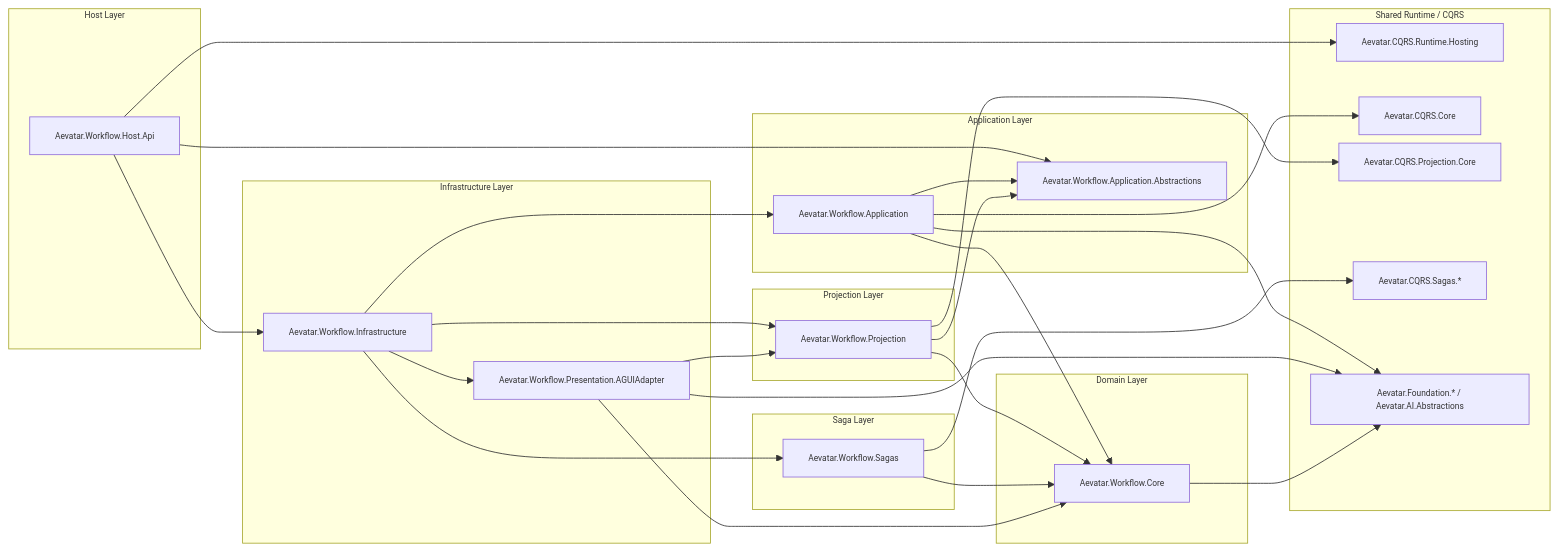
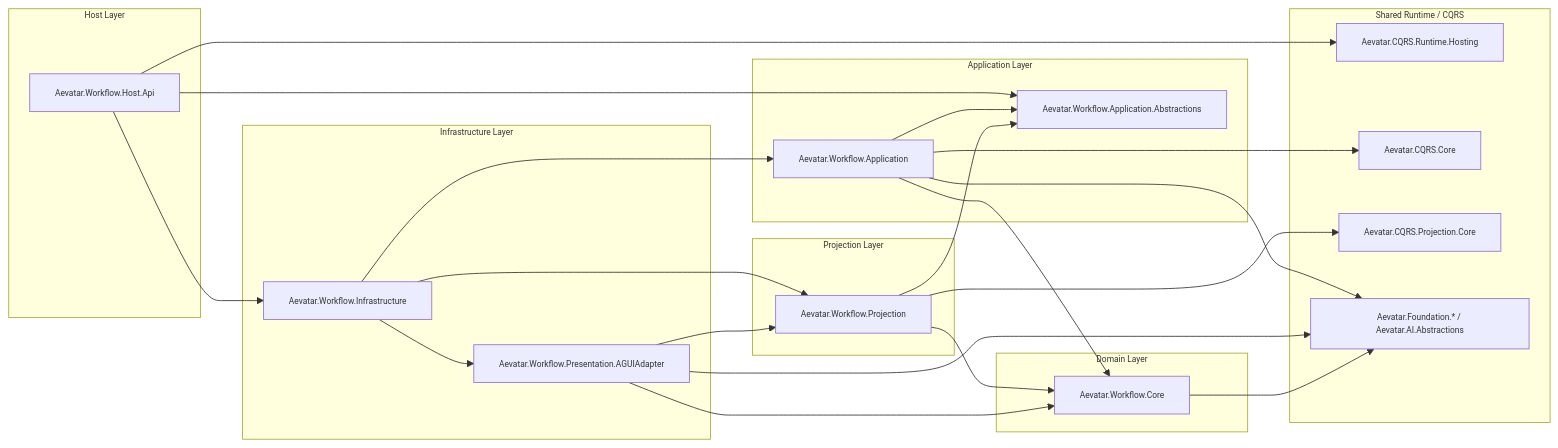
The first of 5 diagrams in src/workflow/README.md (aevatarAI/aevatar), drawn with Mermaid before and after one commit. The commit also changed other lines of this file and 53 other files, not shown here.

First line of the commit message:
Remove Saga components from Aevatar architecture

````diff
--- a/src/workflow/README.md
+++ b/src/workflow/README.md
@@ -7,58 +7,50 @@
 ```mermaid
 %%{init: {"maxTextSize": 100000, "flowchart": {"useMaxWidth": false, "nodeSpacing": 10, "rankSpacing": 50}, "themeVariables": {"fontSize": "10px"}}}%%
 flowchart LR
   subgraph Host["Host Layer"]
     H["Aevatar.Workflow.Host.Api"]
   end
 
   subgraph Infra["Infrastructure Layer"]
     I["Aevatar.Workflow.Infrastructure"]
     AGUIA["Aevatar.Workflow.Presentation.AGUIAdapter"]
   end
 
   subgraph App["Application Layer"]
     A["Aevatar.Workflow.Application"]
     AB["Aevatar.Workflow.Application.Abstractions"]
   end
 
   subgraph Projection["Projection Layer"]
     P["Aevatar.Workflow.Projection"]
   end
 
-  subgraph Saga["Saga Layer"]
-    S["Aevatar.Workflow.Sagas"]
-  end
-
   subgraph Domain["Domain Layer"]
     C["Aevatar.Workflow.Core"]
   end
 
   subgraph Shared["Shared Runtime / CQRS"]
     RH["Aevatar.CQRS.Runtime.Hosting"]
     CQRSC["Aevatar.CQRS.Core"]
     CQRSP["Aevatar.CQRS.Projection.Core"]
-    CQRSS["Aevatar.CQRS.Sagas.*"]
     F["Aevatar.Foundation.* / Aevatar.AI.Abstractions"]
   end
 
   H --> RH
   H --> I
   H --> AB
   I --> A
   I --> P
   I --> AGUIA
-  I --> S
   A --> AB
   A --> C
   A --> CQRSC
   A --> F
   P --> AB
   P --> C
   P --> CQRSP
-  S --> C
-  S --> CQRSS
   AGUIA --> P
   AGUIA --> C
   AGUIA --> F
   C --> F
 ```
````
